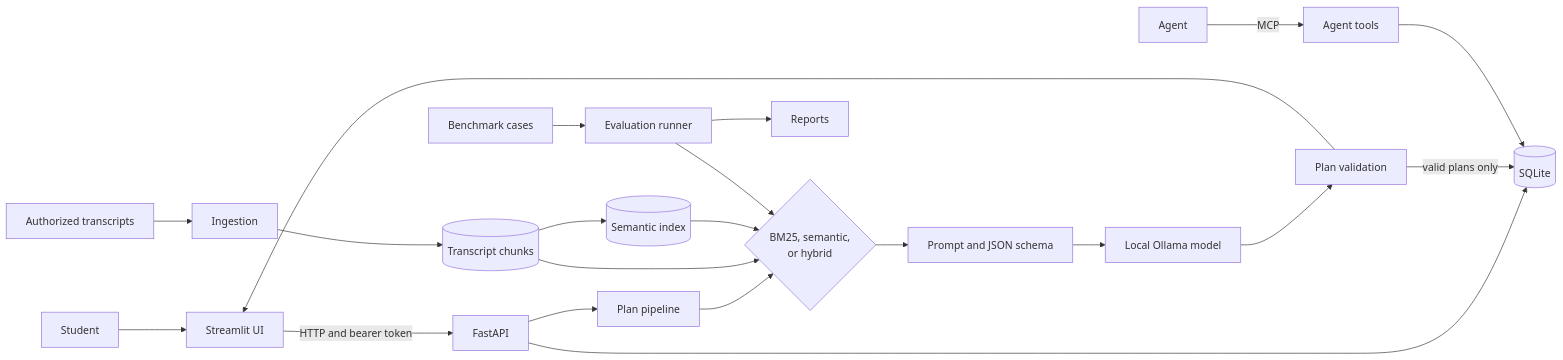
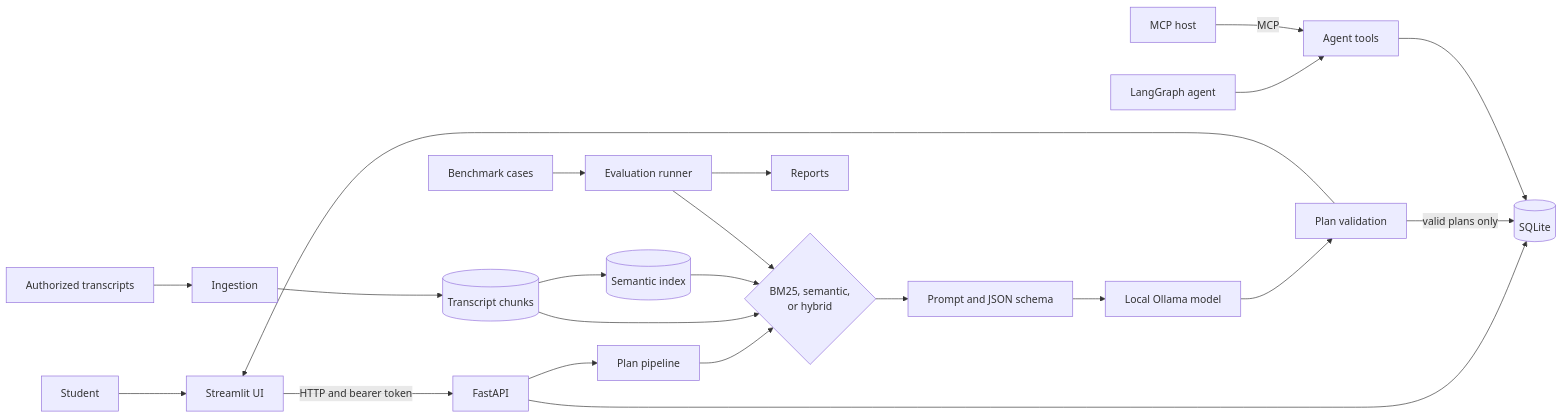
Before and after one commit to Kingflow-23/RepWise: the diagram in docs/architecture.md, drawn with Mermaid. The commit also changed other lines of this file and 29 other files, not shown here.

````diff
--- a/docs/architecture.md
+++ b/docs/architecture.md
@@ -8,26 +8,27 @@
 ```mermaid
 flowchart LR
     Student --> UI[Streamlit UI]
     UI -->|HTTP and bearer token| API[FastAPI]
     API --> DB[(SQLite)]
     API --> Pipeline[Plan pipeline]
     Pipeline --> Retriever{BM25, semantic,<br/>or hybrid}
     Chunks[(Transcript chunks)] --> Retriever
     Index[(Semantic index)] --> Retriever
     Retriever --> Prompt[Prompt and JSON schema]
     Prompt --> Ollama[Local Ollama model]
     Ollama --> Validate[Plan validation]
     Validate -->|valid plans only| DB
     Validate --> UI
 
     Sources[Authorized transcripts] --> Ingest[Ingestion]
     Ingest --> Chunks
     Chunks --> Index
 
     Cases[Benchmark cases] --> Eval[Evaluation runner]
     Eval --> Retriever
     Eval --> Reports[Reports]
 
-    Agent[Agent] -->|MCP| Tools[Agent tools]
+    Agent[LangGraph agent] --> Tools[Agent tools]
+    Host[MCP host] -->|MCP| Tools
     Tools --> DB
 ```
````
